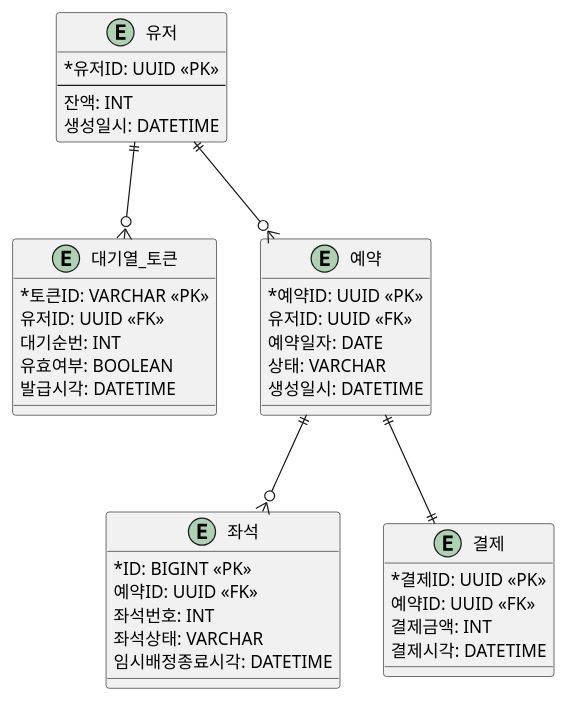
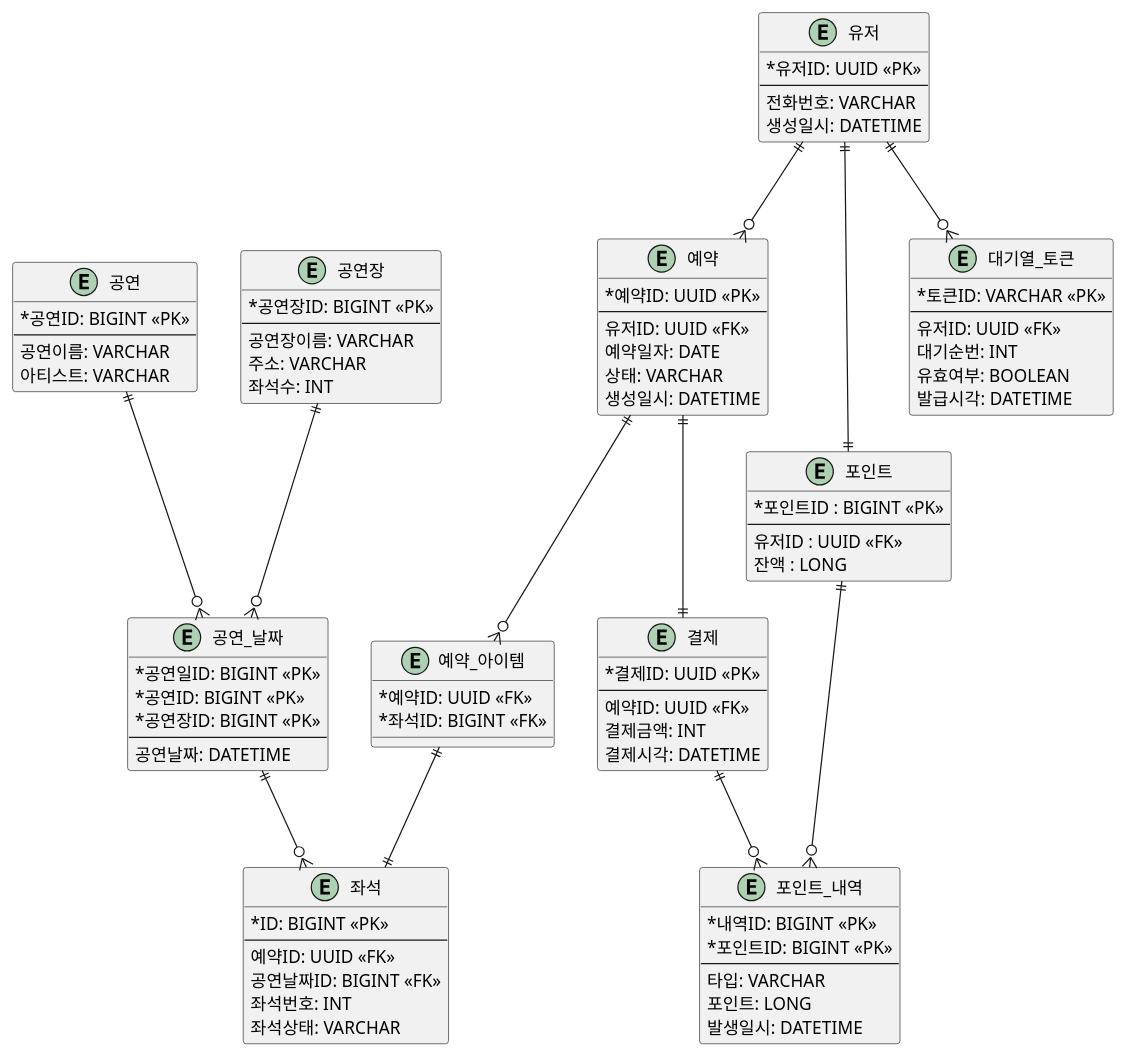
Before and after one commit to shAn-kor/hanghae99-server-java: the diagram in docs/ERD.puml, drawn with PlantUML. The commit also changed 4 other files, not shown here.

Commit message:
Docs: Fix Diagrams 문서 수정

```diff
--- a/docs/ERD.puml
+++ b/docs/ERD.puml
@@ -1,47 +1,102 @@
 @startuml
 skinparam classAttributeIconSize 0
+
+entity 공연 {
+    *공연ID: BIGINT <<PK>>
+    --
+    공연이름: VARCHAR
+    아티스트: VARCHAR
+}
+
+entity 공연장 {
+    *공연장ID: BIGINT <<PK>>
+    --
+    공연장이름: VARCHAR
+    주소: VARCHAR
+    좌석수: INT
+}
+
+entity 공연_날짜 {
+    *공연일ID: BIGINT <<PK>>
+    *공연ID: BIGINT <<PK>>
+    *공연장ID: BIGINT <<PK>>
+    --
+    공연날짜: DATETIME
+}
 
 entity 유저 {
   * 유저ID: UUID <<PK>>
   --
-  잔액: INT
+  전화번호: VARCHAR
   생성일시: DATETIME
+}
+
+entity 포인트_내역 {
+    * 내역ID: BIGINT <<PK>>
+    * 포인트ID: BIGINT <<PK>>
+    --
+    타입: VARCHAR
+    포인트: LONG
+    발생일시: DATETIME
+}
+
+entity 포인트 {
+    * 포인트ID : BIGINT <<PK>>
+    --
+    유저ID : UUID <<FK>>
+    잔액 : LONG
 }
 
 entity 대기열_토큰 {
   * 토큰ID: VARCHAR <<PK>>
+  --
   유저ID: UUID <<FK>>
   대기순번: INT
   유효여부: BOOLEAN
   발급시각: DATETIME
 }
 
 entity 예약 {
   * 예약ID: UUID <<PK>>
+  --
   유저ID: UUID <<FK>>
   예약일자: DATE
   상태: VARCHAR
   생성일시: DATETIME
 }
 
+entity 예약_아이템 {
+  * 예약ID: UUID <<FK>>
+  * 좌석ID: BIGINT <<FK>>
+}
+
 entity 좌석 {
   * ID: BIGINT <<PK>>
+  --
   예약ID: UUID <<FK>>
+  공연날짜ID: BIGINT <<FK>>
   좌석번호: INT
   좌석상태: VARCHAR
-  임시배정종료시각: DATETIME
 }
 
 entity 결제 {
   * 결제ID: UUID <<PK>>
+  --
   예약ID: UUID <<FK>>
   결제금액: INT
   결제시각: DATETIME
 }
 
+공연 ||--o{ 공연_날짜 : ""
+공연장 ||--o{ 공연_날짜 : ""
 유저 ||--o{ 대기열_토큰 : ""
+유저 ||--|| 포인트 : ""
+포인트 ||--o{ 포인트_내역 : ""
 유저 ||--o{ 예약 : ""
-예약 ||--o{ 좌석 : ""
+예약 ||--o{ 예약_아이템 : ""
+예약_아이템 ||--|| 좌석 : ""
+공연_날짜 ||--o{ 좌석 : ""
 예약 ||--|| 결제 : ""
+결제 ||--o{ 포인트_내역
 
 @enduml
```
